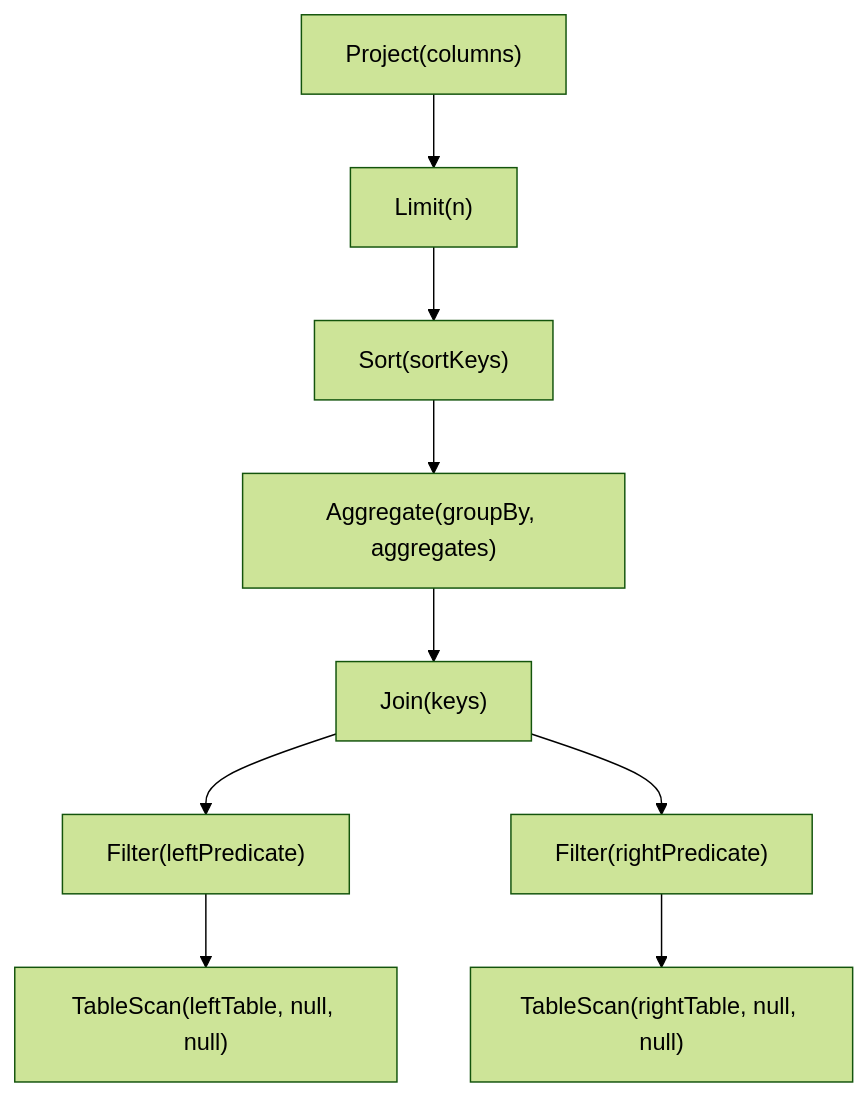
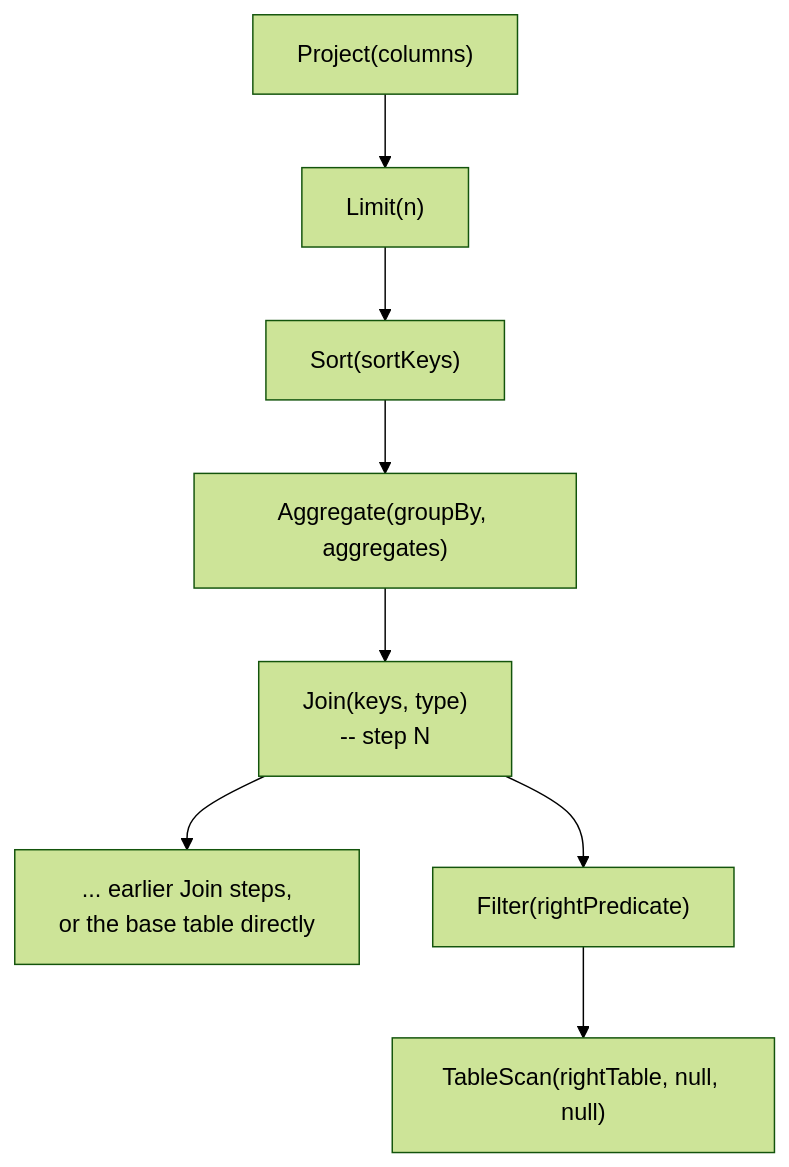
Before and after one commit to codelabuk/labukDB: the second of 3 diagrams in docs/diagrams/sql-engine-logical-plan.md, drawn with Mermaid (forest theme). The commit also changed other lines of this file and 20 other files, not shown here.

````diff
--- a/docs/diagrams/sql-engine-logical-plan.md
+++ b/docs/diagrams/sql-engine-logical-plan.md
@@ -42,11 +42,10 @@
 ```mermaid
 flowchart TB
     B1["Project(columns)"] --> B2["Limit(n)"]
     B2 --> B3["Sort(sortKeys)"]
     B3 --> B4["Aggregate(groupBy, aggregates)"]
-    B4 --> B5J["Join(keys)"]
-    B5J --> B5L["Filter(leftPredicate)"]
+    B4 --> B5J["Join(keys, type)<br/>-- step N"]
+    B5J --> B5L["... earlier Join steps,<br/>or the base table directly"]
     B5J --> B5R["Filter(rightPredicate)"]
-    B5L --> B6L["TableScan(leftTable, null, null)"]
     B5R --> B6R["TableScan(rightTable, null, null)"]
 ```
````
